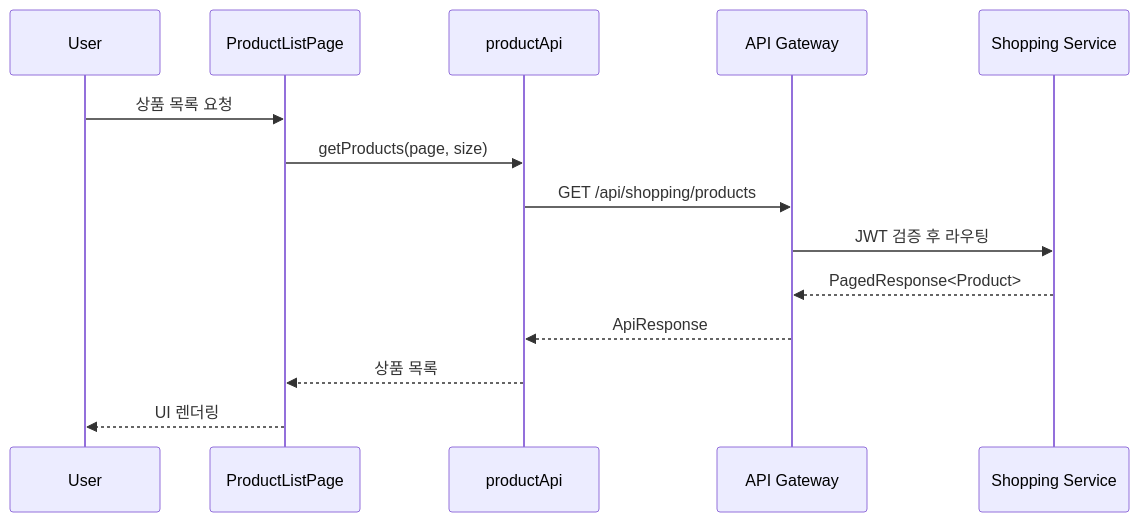
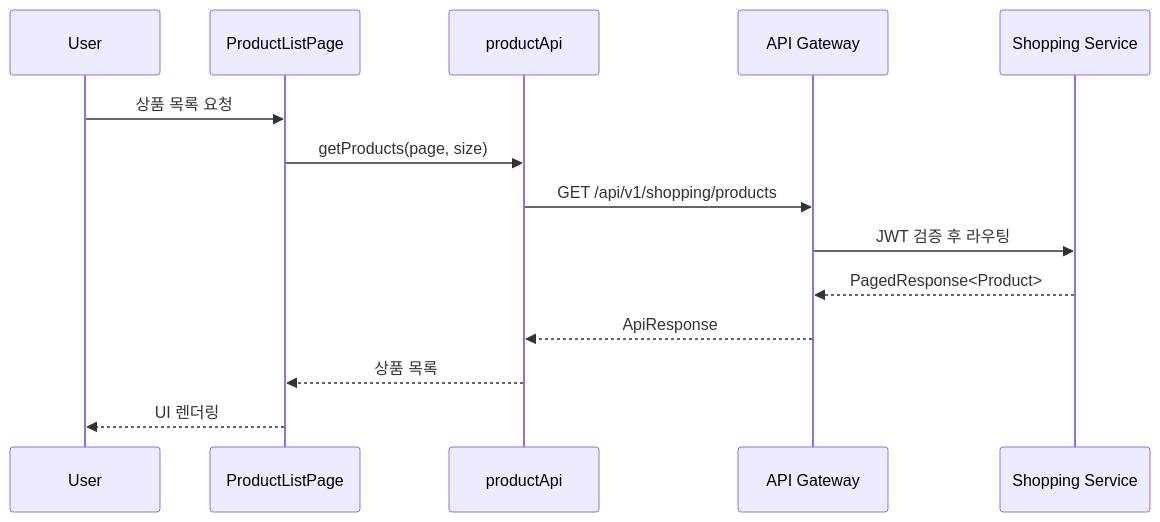
Before and after one commit to L-a-z-e/portal-universe: the second of 3 diagrams in frontend/shopping-frontend/docs/architecture/system-overview.md, drawn with Mermaid. The commit also changed other lines of this file and 15 other files, not shown here.

````diff
--- a/frontend/shopping-frontend/docs/architecture/system-overview.md
+++ b/frontend/shopping-frontend/docs/architecture/system-overview.md
@@ -346,17 +346,17 @@
 ```mermaid
 sequenceDiagram
     participant User
     participant PL as ProductListPage
     participant API as productApi
     participant GW as API Gateway
     participant SS as Shopping Service
 
     User->>PL: 상품 목록 요청
     PL->>API: getProducts(page, size)
-    API->>GW: GET /api/shopping/products
+    API->>GW: GET /api/v1/shopping/products
     GW->>SS: JWT 검증 후 라우팅
     SS-->>GW: PagedResponse<Product>
     GW-->>API: ApiResponse
     API-->>PL: 상품 목록
     PL-->>User: UI 렌더링
 ```
````
